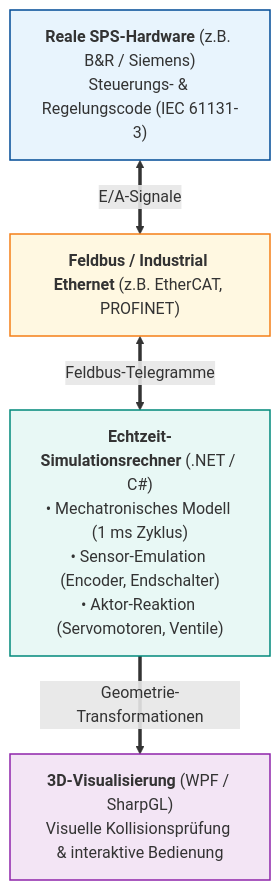
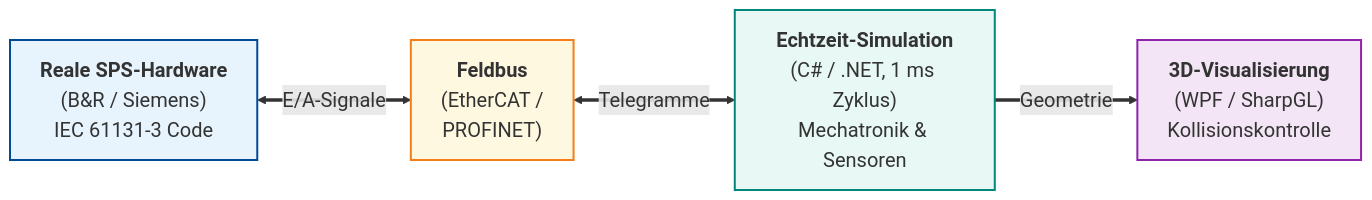
One commit to ghackenberg/kurs-computer-simulation changed the diagram in Folien/11_Epilog/Diagramme/VIBN_Systemarchitektur.mmd. Above: the diagram before and after it, drawn with Mermaid. The commit also changed 88 other files, not shown here.

```diff
--- a/Folien/11_Epilog/Diagramme/VIBN_Systemarchitektur.mmd
+++ b/Folien/11_Epilog/Diagramme/VIBN_Systemarchitektur.mmd
@@ -1,14 +1,15 @@
-flowchart TD
-    PLC["<b>Reale SPS-Hardware</b> (z.B. B&R / Siemens)<br/>Steuerungs- & Regelungscode (IEC 61131-3)"]
-    BUS["<b>Feldbus / Industrial Ethernet</b> (z.B. EtherCAT, PROFINET)"]
-    SIM["<b>Echtzeit-Simulationsrechner</b> (.NET / C#)<br/>• Mechatronisches Modell (1 ms Zyklus)<br/>• Sensor-Emulation (Encoder, Endschalter)<br/>• Aktor-Reaktion (Servomotoren, Ventile)"]
-    VIS["<b>3D-Visualisierung</b> (WPF / SharpGL)<br/>Visuelle Kollisionsprüfung & interaktive Bedienung"]
+%%{init: {'themeVariables': {'fontSize': '20px'}}}%%
+flowchart LR
+    PLC["<b>Reale SPS-Hardware</b><br/>(B&R / Siemens)<br/>IEC 61131-3 Code"]
+    BUS["<b>Feldbus</b><br/>(EtherCAT /<br/>PROFINET)"]
+    SIM["<b>Echtzeit-Simulation</b><br/>(C# / .NET, 1 ms Zyklus)<br/>Mechatronik & Sensoren"]
+    VIS["<b>3D-Visualisierung</b><br/>(WPF / SharpGL)<br/>Kollisionskontrolle"]
 
     PLC <==>|"E/A-Signale"| BUS
-    BUS <==>|"Feldbus-Telegramme"| SIM
-    SIM ==>|"Geometrie-Transformationen"| VIS
+    BUS <==>|"Telegramme"| SIM
+    SIM ==>|"Geometrie"| VIS
 
-    style PLC fill:#e8f4fd,stroke:#004B96,stroke-width:1.5px
-    style BUS fill:#fff8e1,stroke:#f57f17,stroke-width:1.5px
-    style SIM fill:#e8f8f5,stroke:#00897b,stroke-width:1.5px
-    style VIS fill:#f3e5f5,stroke:#8e24aa,stroke-width:1.5px
+    style PLC fill:#e8f4fd,stroke:#004B96,stroke-width:2px
+    style BUS fill:#fff8e1,stroke:#f57f17,stroke-width:2px
+    style SIM fill:#e8f8f5,stroke:#00897b,stroke-width:2px
+    style VIS fill:#f3e5f5,stroke:#8e24aa,stroke-width:2px
```
